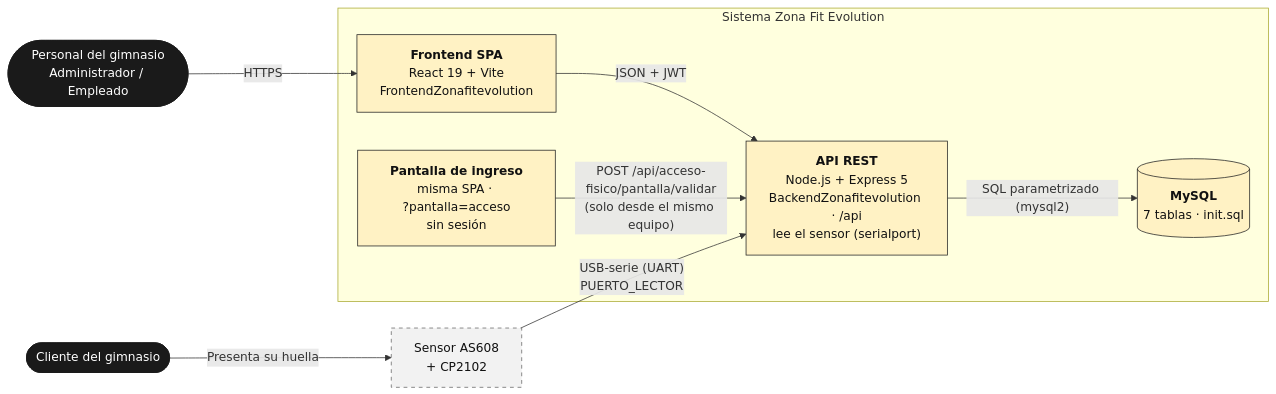
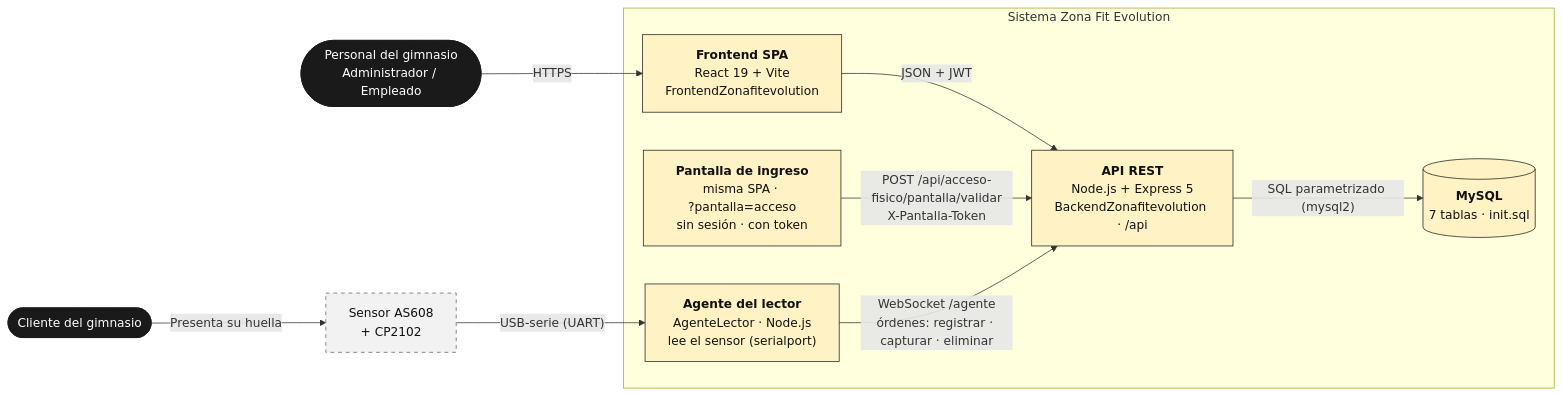
One commit to zonafitevolutionSENA/ZonaFitEvolution03 changed the diagram in docs/diagramas/contenedores.mmd. Above: the diagram before and after it, drawn with Mermaid. The commit also changed 5 other files, not shown here.

Commit message:
docs(diagramas): actualizar contenedores, componentes y despliegue con Vercel, Railway y el agente del lector

```diff
--- a/docs/diagramas/contenedores.mmd
+++ b/docs/diagramas/contenedores.mmd
@@ -1,20 +1,22 @@
-%% DIA-002 · Vista de contenedores (v1.2). Fuente del diagrama de docs/04-arquitectura.md
+%% DIA-002 · Vista de contenedores (v1.3). Fuente del diagrama de docs/04-arquitectura.md
 flowchart LR
   personal(["Personal del gimnasio<br/>Administrador / Empleado"]):::actor
   socio(["Cliente del gimnasio"]):::actor
   sensor["Sensor AS608<br/>+ CP2102"]:::hw
   subgraph sistema["Sistema Zona Fit Evolution"]
     spa["<b>Frontend SPA</b><br/>React 19 + Vite<br/>FrontendZonafitevolution"]:::sis
-    ingreso["<b>Pantalla de ingreso</b><br/>misma SPA · <span style='white-space:nowrap'>?pantalla=acceso</span><br/>sin sesión"]:::sis
-    api["<b>API REST</b><br/>Node.js + Express 5<br/>BackendZonafitevolution · /api<br/>lee el sensor (serialport)"]:::sis
+    ingreso["<b>Pantalla de ingreso</b><br/>misma SPA · <span style='white-space:nowrap'>?pantalla=acceso</span><br/>sin sesión · con token"]:::sis
+    api["<b>API REST</b><br/>Node.js + Express 5<br/>BackendZonafitevolution · /api"]:::sis
+    agente["<b>Agente del lector</b><br/>AgenteLector · Node.js<br/>lee el sensor (serialport)"]:::sis
     db[("<b>MySQL</b><br/>7 tablas · init.sql")]:::sis
   end
   personal -- "HTTPS" --> spa
   socio -- "Presenta su huella" --> sensor
   spa -- "JSON + JWT" --> api
-  ingreso -- "POST /api/acceso-fisico/pantalla/validar<br/>(solo desde el mismo equipo)" --> api
-  sensor -- "USB-serie (UART)<br/>PUERTO_LECTOR" --> api
+  ingreso -- "POST /api/acceso-fisico/pantalla/validar<br/>X-Pantalla-Token" --> api
+  sensor -- "USB-serie (UART)" --> agente
+  agente -- "WebSocket /agente<br/>órdenes: registrar · capturar · eliminar" --> api
   api -- "SQL parametrizado (mysql2)" --> db
   classDef sis fill:#FFF2C4,stroke:#222,stroke-width:1px,color:#111
   classDef actor fill:#1A1A1A,stroke:#1A1A1A,color:#FFFFFF
   classDef hw fill:#F2F2F2,stroke:#666,stroke-width:1px,stroke-dasharray:5 5,color:#111
```
